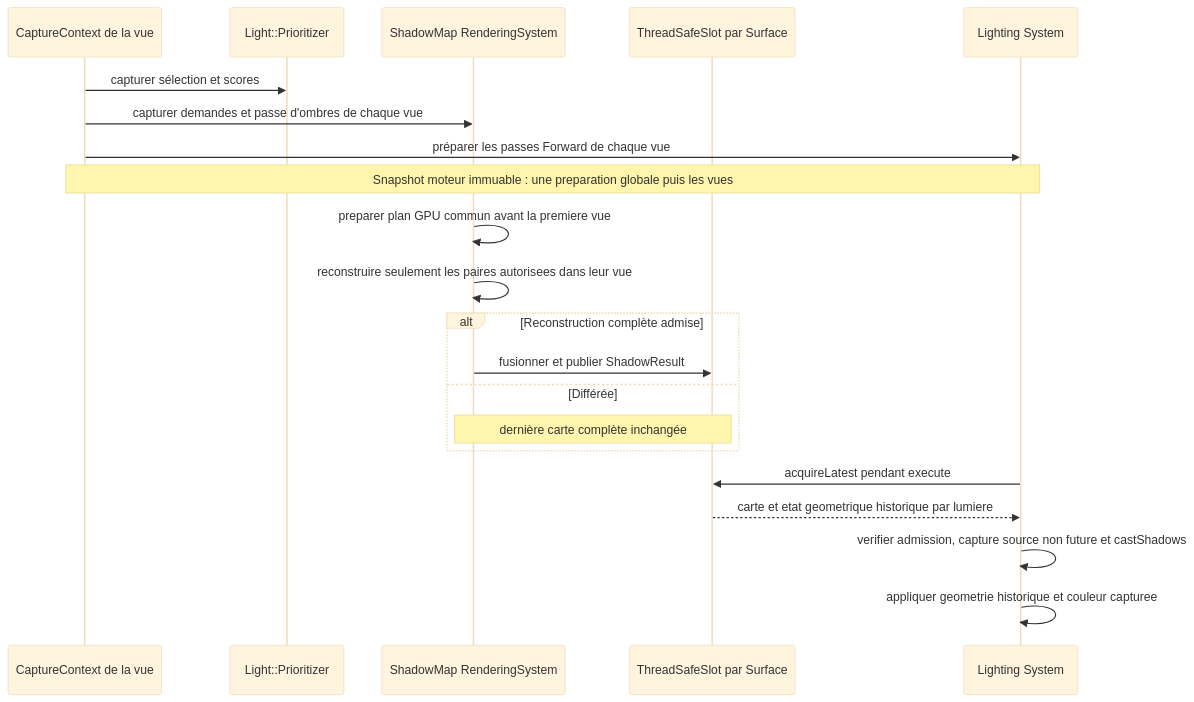
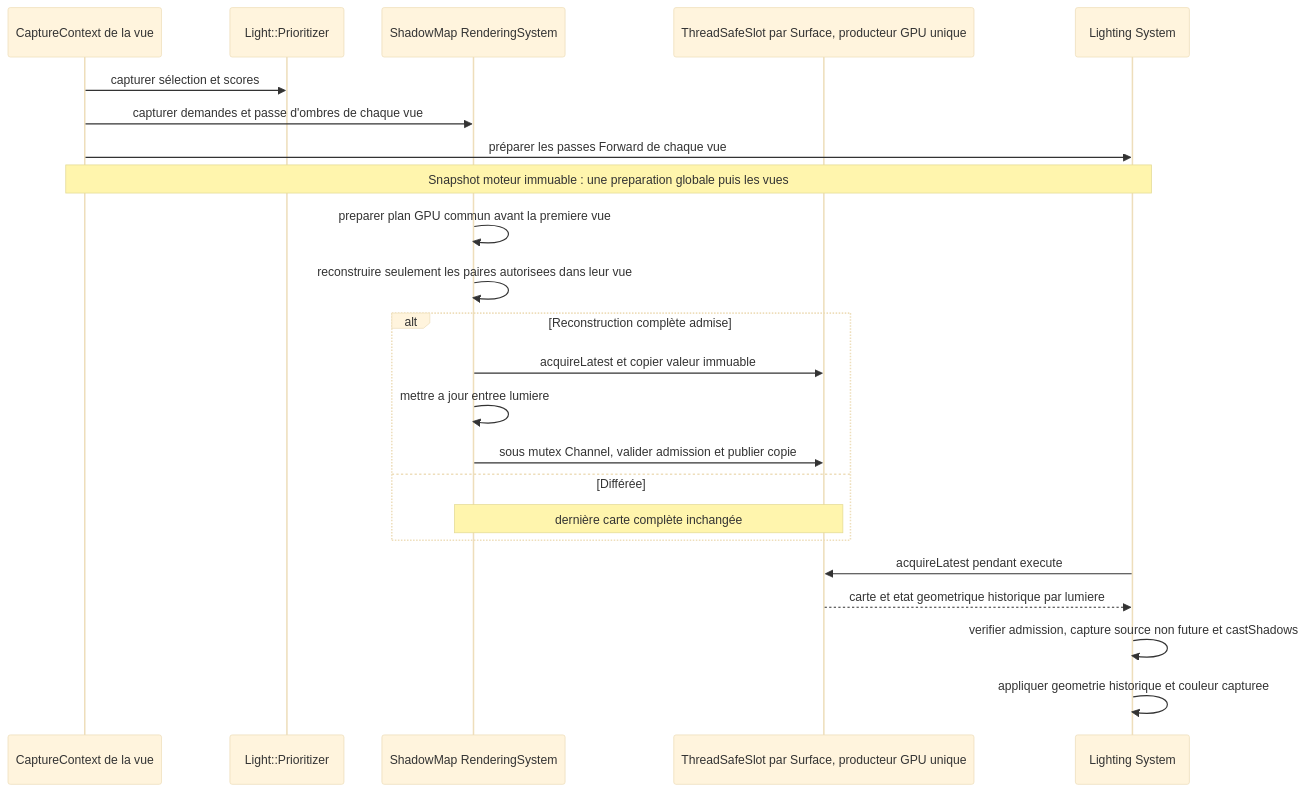
The first of 16 diagrams in docs/voxel-engine-v0.1.4/08-lumieres-et-ombres.md (EreliaStudio/Sparkle), drawn with Mermaid (base theme) before and after one commit. The commit also changed other lines of this file and 5 other files, not shown here.

Commit message:
docs(v0.1.4): use single-producer shadow result publication per surface

````diff
--- a/docs/voxel-engine-v0.1.4/08-lumieres-et-ombres.md
+++ b/docs/voxel-engine-v0.1.4/08-lumieres-et-ombres.md
@@ -15,23 +15,25 @@
 ```mermaid
 sequenceDiagram
   participant CPU as CaptureContext de la vue
   participant P as Light::Prioritizer
   participant SH as ShadowMap RenderingSystem
-  participant Slot as ThreadSafeSlot par Surface
+  participant Slot as ThreadSafeSlot par Surface, producteur GPU unique
   participant LI as Lighting System
   CPU->>P: capturer sélection et scores
   CPU->>SH: capturer demandes et passe d'ombres de chaque vue
   CPU->>LI: préparer les passes Forward de chaque vue
   Note over CPU,LI: Snapshot moteur immuable : une preparation globale puis les vues
   SH->>SH: preparer plan GPU commun avant la premiere vue
   SH->>SH: reconstruire seulement les paires autorisees dans leur vue
   alt Reconstruction complète admise
-    SH->>Slot: fusionner et publier ShadowResult
+    SH->>Slot: acquireLatest et copier valeur immuable
+    SH->>SH: mettre a jour entree lumiere
+    SH->>Slot: sous mutex Channel, valider admission et publier copie
   else Différée
     Note over SH,Slot: dernière carte complète inchangée
   end
   LI->>Slot: acquireLatest pendant execute
   Slot-->>LI: carte et etat geometrique historique par lumiere
   LI->>LI: verifier admission, capture source non future et castShadows
   LI->>LI: appliquer geometrie historique et couleur capturee
 ```
````
